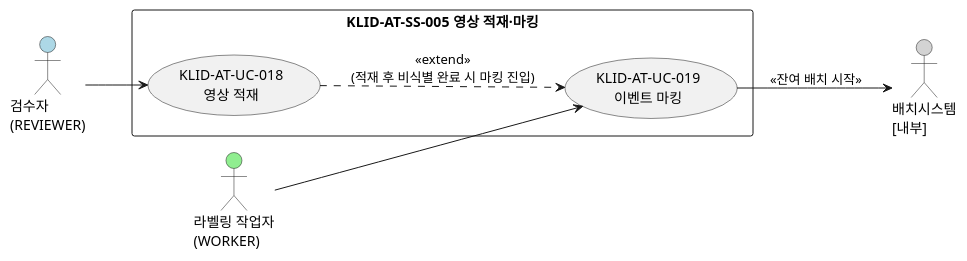
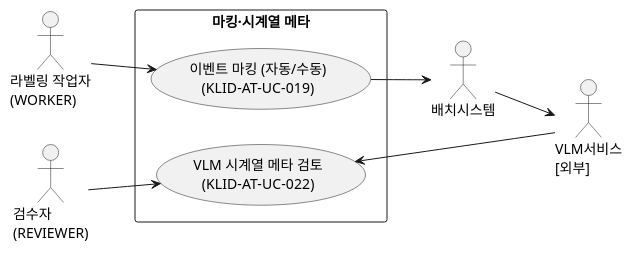
One commit to New-stella/klid-label changed the fourth of 5 diagrams in docs/design/R2-유스케이스명세서.md. Above: the diagram before and after it, drawn with PlantUML. The commit also changed other lines of this file and 7 other files, not shown here.

````diff
--- a/docs/design/R2-유스케이스명세서.md
+++ b/docs/design/R2-유스케이스명세서.md
@@ -200,20 +129,19 @@
 ```plantuml
-@startuml KLID-AT-UCD-005
+@startuml
 left to right direction
 skinparam packageStyle rectangle
-
-actor "검수자\n(REVIEWER)" as REVIEWER #LightBlue
-actor "라벨링 작업자\n(WORKER)" as WORKER #LightGreen
-actor "배치시스템\n[내부]" as BATCH #LightGray
-
-rectangle "KLID-AT-SS-005 영상 적재·마킹" {
-  usecase "KLID-AT-UC-018\n영상 적재" as UC018
-  usecase "KLID-AT-UC-019\n이벤트 마킹" as UC019
+actor "라벨링 작업자\n(WORKER)" as WORKER
+actor "검수자\n(REVIEWER)" as REVIEWER
+actor "VLM서비스\n[외부]" as VLM
+actor "배치시스템" as BATCH
+rectangle "마킹·시계열 메타" {
+  usecase "이벤트 마킹 (자동/수동)\n(KLID-AT-UC-019)" as UC19
+  usecase "VLM 시계열 메타 검토\n(KLID-AT-UC-022)" as UC22
 }
-
-REVIEWER --> UC018
-WORKER --> UC019
-UC018 ..> UC019 : <<extend>>\n(적재 후 비식별 완료 시 마킹 진입)
-UC019 --> BATCH : <<잔여 배치 시작>>
+WORKER --> UC19
+UC19 --> BATCH
+BATCH --> VLM
+VLM --> UC22
+REVIEWER --> UC22
 @enduml
 ```
````
